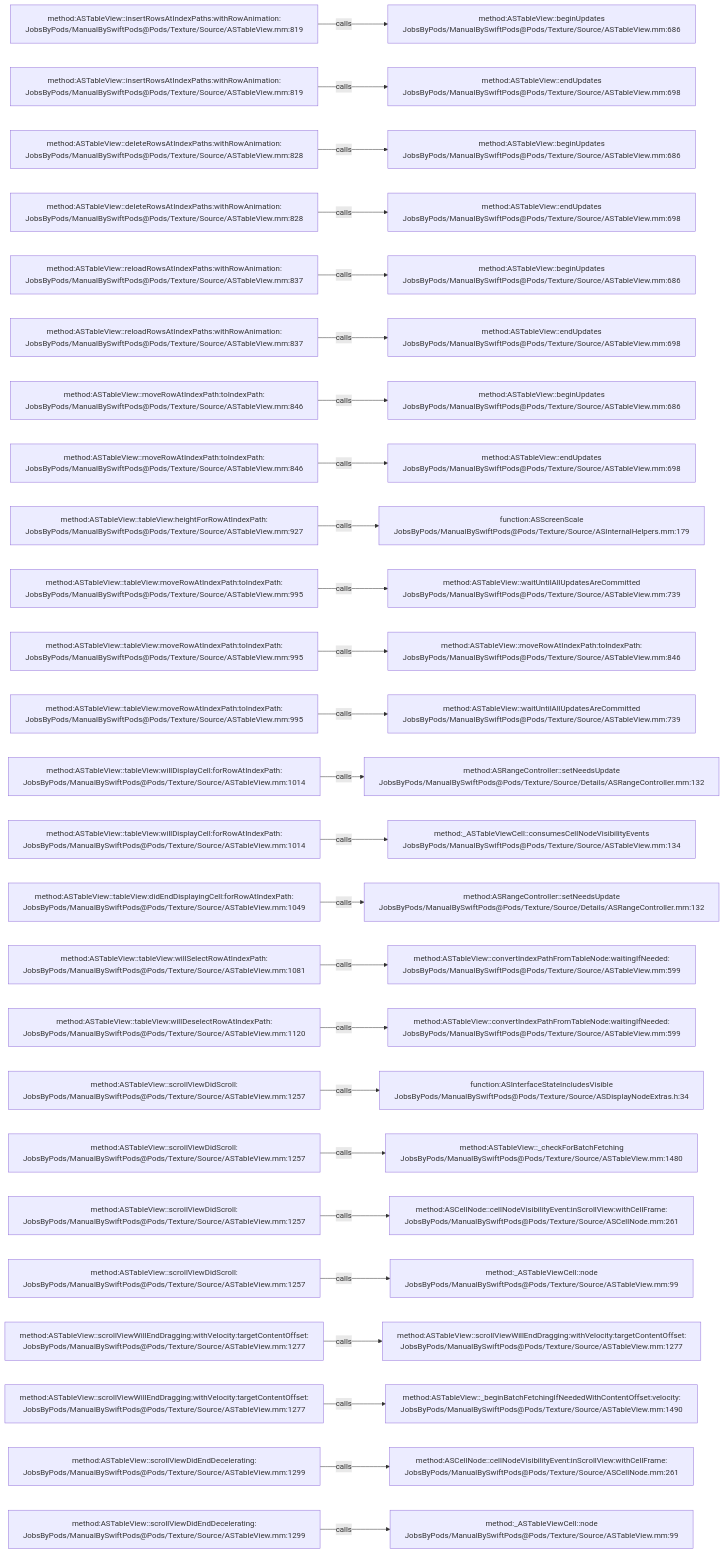
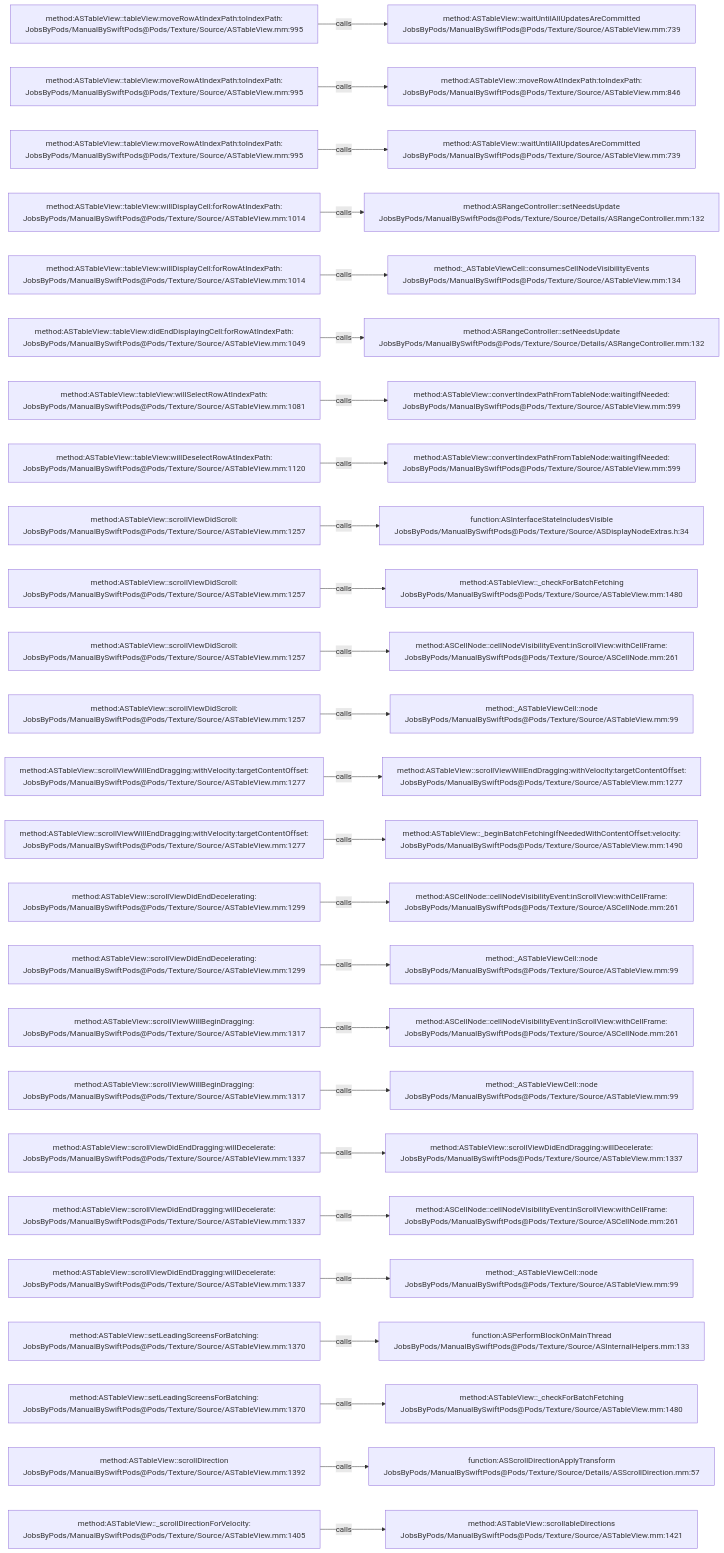
One commit to JobsKits/JobsSwiftBaseConfigDemo changed the diagram in .codegraph/codegraph.md/graphs/calls-061.md. Above: the diagram before and after it, drawn with Mermaid. The commit also changed 707 other files, not shown here.

````diff
--- a/.codegraph/codegraph.md/graphs/calls-061.md
+++ b/.codegraph/codegraph.md/graphs/calls-061.md
@@ -13,78 +13,78 @@
 ```mermaid
 flowchart LR
-  S1["method:ASTableView::insertRowsAtIndexPaths:withRowAnimation:<br/>JobsByPods/ManualBySwiftPods@Pods/Texture/Source/ASTableView.mm:819"]
-  T1["method:ASTableView::beginUpdates<br/>JobsByPods/ManualBySwiftPods@Pods/Texture/Source/ASTableView.mm:686"]
+  S1["method:ASTableView::tableView:moveRowAtIndexPath:toIndexPath:<br/>JobsByPods/ManualBySwiftPods@Pods/Texture/Source/ASTableView.mm:995"]
+  T1["method:ASTableView::waitUntilAllUpdatesAreCommitted<br/>JobsByPods/ManualBySwiftPods@Pods/Texture/Source/ASTableView.mm:739"]
   S1 -->|calls| T1
-  S2["method:ASTableView::insertRowsAtIndexPaths:withRowAnimation:<br/>JobsByPods/ManualBySwiftPods@Pods/Texture/Source/ASTableView.mm:819"]
-  T2["method:ASTableView::endUpdates<br/>JobsByPods/ManualBySwiftPods@Pods/Texture/Source/ASTableView.mm:698"]
+  S2["method:ASTableView::tableView:moveRowAtIndexPath:toIndexPath:<br/>JobsByPods/ManualBySwiftPods@Pods/Texture/Source/ASTableView.mm:995"]
+  T2["method:ASTableView::moveRowAtIndexPath:toIndexPath:<br/>JobsByPods/ManualBySwiftPods@Pods/Texture/Source/ASTableView.mm:846"]
   S2 -->|calls| T2
-  S3["method:ASTableView::deleteRowsAtIndexPaths:withRowAnimation:<br/>JobsByPods/ManualBySwiftPods@Pods/Texture/Source/ASTableView.mm:828"]
-  T3["method:ASTableView::beginUpdates<br/>JobsByPods/ManualBySwiftPods@Pods/Texture/Source/ASTableView.mm:686"]
+  S3["method:ASTableView::tableView:moveRowAtIndexPath:toIndexPath:<br/>JobsByPods/ManualBySwiftPods@Pods/Texture/Source/ASTableView.mm:995"]
+  T3["method:ASTableView::waitUntilAllUpdatesAreCommitted<br/>JobsByPods/ManualBySwiftPods@Pods/Texture/Source/ASTableView.mm:739"]
   S3 -->|calls| T3
-  S4["method:ASTableView::deleteRowsAtIndexPaths:withRowAnimation:<br/>JobsByPods/ManualBySwiftPods@Pods/Texture/Source/ASTableView.mm:828"]
-  T4["method:ASTableView::endUpdates<br/>JobsByPods/ManualBySwiftPods@Pods/Texture/Source/ASTableView.mm:698"]
+  S4["method:ASTableView::tableView:willDisplayCell:forRowAtIndexPath:<br/>JobsByPods/ManualBySwiftPods@Pods/Texture/Source/ASTableView.mm:1014"]
+  T4["method:ASRangeController::setNeedsUpdate<br/>JobsByPods/ManualBySwiftPods@Pods/Texture/Source/Details/ASRangeController.mm:132"]
   S4 -->|calls| T4
-  S5["method:ASTableView::reloadRowsAtIndexPaths:withRowAnimation:<br/>JobsByPods/ManualBySwiftPods@Pods/Texture/Source/ASTableView.mm:837"]
-  T5["method:ASTableView::beginUpdates<br/>JobsByPods/ManualBySwiftPods@Pods/Texture/Source/ASTableView.mm:686"]
+  S5["method:ASTableView::tableView:willDisplayCell:forRowAtIndexPath:<br/>JobsByPods/ManualBySwiftPods@Pods/Texture/Source/ASTableView.mm:1014"]
+  T5["method:_ASTableViewCell::consumesCellNodeVisibilityEvents<br/>JobsByPods/ManualBySwiftPods@Pods/Texture/Source/ASTableView.mm:134"]
   S5 -->|calls| T5
-  S6["method:ASTableView::reloadRowsAtIndexPaths:withRowAnimation:<br/>JobsByPods/ManualBySwiftPods@Pods/Texture/Source/ASTableView.mm:837"]
-  T6["method:ASTableView::endUpdates<br/>JobsByPods/ManualBySwiftPods@Pods/Texture/Source/ASTableView.mm:698"]
+  S6["method:ASTableView::tableView:didEndDisplayingCell:forRowAtIndexPath:<br/>JobsByPods/ManualBySwiftPods@Pods/Texture/Source/ASTableView.mm:1049"]
+  T6["method:ASRangeController::setNeedsUpdate<br/>JobsByPods/ManualBySwiftPods@Pods/Texture/Source/Details/ASRangeController.mm:132"]
   S6 -->|calls| T6
-  S7["method:ASTableView::moveRowAtIndexPath:toIndexPath:<br/>JobsByPods/ManualBySwiftPods@Pods/Texture/Source/ASTableView.mm:846"]
-  T7["method:ASTableView::beginUpdates<br/>JobsByPods/ManualBySwiftPods@Pods/Texture/Source/ASTableView.mm:686"]
+  S7["method:ASTableView::tableView:willSelectRowAtIndexPath:<br/>JobsByPods/ManualBySwiftPods@Pods/Texture/Source/ASTableView.mm:1081"]
+  T7["method:ASTableView::convertIndexPathFromTableNode:waitingIfNeeded:<br/>JobsByPods/ManualBySwiftPods@Pods/Texture/Source/ASTableView.mm:599"]
   S7 -->|calls| T7
-  S8["method:ASTableView::moveRowAtIndexPath:toIndexPath:<br/>JobsByPods/ManualBySwiftPods@Pods/Texture/Source/ASTableView.mm:846"]
-  T8["method:ASTableView::endUpdates<br/>JobsByPods/ManualBySwiftPods@Pods/Texture/Source/ASTableView.mm:698"]
+  S8["method:ASTableView::tableView:willDeselectRowAtIndexPath:<br/>JobsByPods/ManualBySwiftPods@Pods/Texture/Source/ASTableView.mm:1120"]
+  T8["method:ASTableView::convertIndexPathFromTableNode:waitingIfNeeded:<br/>JobsByPods/ManualBySwiftPods@Pods/Texture/Source/ASTableView.mm:599"]
   S8 -->|calls| T8
-  S9["method:ASTableView::tableView:heightForRowAtIndexPath:<br/>JobsByPods/ManualBySwiftPods@Pods/Texture/Source/ASTableView.mm:927"]
-  T9["function:ASScreenScale<br/>JobsByPods/ManualBySwiftPods@Pods/Texture/Source/ASInternalHelpers.mm:179"]
+  S9["method:ASTableView::scrollViewDidScroll:<br/>JobsByPods/ManualBySwiftPods@Pods/Texture/Source/ASTableView.mm:1257"]
+  T9["function:ASInterfaceStateIncludesVisible<br/>JobsByPods/ManualBySwiftPods@Pods/Texture/Source/ASDisplayNodeExtras.h:34"]
   S9 -->|calls| T9
-  S10["method:ASTableView::tableView:moveRowAtIndexPath:toIndexPath:<br/>JobsByPods/ManualBySwiftPods@Pods/Texture/Source/ASTableView.mm:995"]
-  T10["method:ASTableView::waitUntilAllUpdatesAreCommitted<br/>JobsByPods/ManualBySwiftPods@Pods/Texture/Source/ASTableView.mm:739"]
+  S10["method:ASTableView::scrollViewDidScroll:<br/>JobsByPods/ManualBySwiftPods@Pods/Texture/Source/ASTableView.mm:1257"]
+  T10["method:ASTableView::_checkForBatchFetching<br/>JobsByPods/ManualBySwiftPods@Pods/Texture/Source/ASTableView.mm:1480"]
   S10 -->|calls| T10
-  S11["method:ASTableView::tableView:moveRowAtIndexPath:toIndexPath:<br/>JobsByPods/ManualBySwiftPods@Pods/Texture/Source/ASTableView.mm:995"]
-  T11["method:ASTableView::moveRowAtIndexPath:toIndexPath:<br/>JobsByPods/ManualBySwiftPods@Pods/Texture/Source/ASTableView.mm:846"]
+  S11["method:ASTableView::scrollViewDidScroll:<br/>JobsByPods/ManualBySwiftPods@Pods/Texture/Source/ASTableView.mm:1257"]
+  T11["method:ASCellNode::cellNodeVisibilityEvent:inScrollView:withCellFrame:<br/>JobsByPods/ManualBySwiftPods@Pods/Texture/Source/ASCellNode.mm:261"]
   S11 -->|calls| T11
-  S12["method:ASTableView::tableView:moveRowAtIndexPath:toIndexPath:<br/>JobsByPods/ManualBySwiftPods@Pods/Texture/Source/ASTableView.mm:995"]
-  T12["method:ASTableView::waitUntilAllUpdatesAreCommitted<br/>JobsByPods/ManualBySwiftPods@Pods/Texture/Source/ASTableView.mm:739"]
+  S12["method:ASTableView::scrollViewDidScroll:<br/>JobsByPods/ManualBySwiftPods@Pods/Texture/Source/ASTableView.mm:1257"]
+  T12["method:_ASTableViewCell::node<br/>JobsByPods/ManualBySwiftPods@Pods/Texture/Source/ASTableView.mm:99"]
   S12 -->|calls| T12
-  S13["method:ASTableView::tableView:willDisplayCell:forRowAtIndexPath:<br/>JobsByPods/ManualBySwiftPods@Pods/Texture/Source/ASTableView.mm:1014"]
-  T13["method:ASRangeController::setNeedsUpdate<br/>JobsByPods/ManualBySwiftPods@Pods/Texture/Source/Details/ASRangeController.mm:132"]
+  S13["method:ASTableView::scrollViewWillEndDragging:withVelocity:targetContentOffset:<br/>JobsByPods/ManualBySwiftPods@Pods/Texture/Source/ASTableView.mm:1277"]
+  T13["method:ASTableView::scrollViewWillEndDragging:withVelocity:targetContentOffset:<br/>JobsByPods/ManualBySwiftPods@Pods/Texture/Source/ASTableView.mm:1277"]
   S13 -->|calls| T13
-  S14["method:ASTableView::tableView:willDisplayCell:forRowAtIndexPath:<br/>JobsByPods/ManualBySwiftPods@Pods/Texture/Source/ASTableView.mm:1014"]
-  T14["method:_ASTableViewCell::consumesCellNodeVisibilityEvents<br/>JobsByPods/ManualBySwiftPods@Pods/Texture/Source/ASTableView.mm:134"]
+  S14["method:ASTableView::scrollViewWillEndDragging:withVelocity:targetContentOffset:<br/>JobsByPods/ManualBySwiftPods@Pods/Texture/Source/ASTableView.mm:1277"]
+  T14["method:ASTableView::_beginBatchFetchingIfNeededWithContentOffset:velocity:<br/>JobsByPods/ManualBySwiftPods@Pods/Texture/Source/ASTableView.mm:1490"]
   S14 -->|calls| T14
-  S15["method:ASTableView::tableView:didEndDisplayingCell:forRowAtIndexPath:<br/>JobsByPods/ManualBySwiftPods@Pods/Texture/Source/ASTableView.mm:1049"]
-  T15["method:ASRangeController::setNeedsUpdate<br/>JobsByPods/ManualBySwiftPods@Pods/Texture/Source/Details/ASRangeController.mm:132"]
+  S15["method:ASTableView::scrollViewDidEndDecelerating:<br/>JobsByPods/ManualBySwiftPods@Pods/Texture/Source/ASTableView.mm:1299"]
+  T15["method:ASCellNode::cellNodeVisibilityEvent:inScrollView:withCellFrame:<br/>JobsByPods/ManualBySwiftPods@Pods/Texture/Source/ASCellNode.mm:261"]
   S15 -->|calls| T15
-  S16["method:ASTableView::tableView:willSelectRowAtIndexPath:<br/>JobsByPods/ManualBySwiftPods@Pods/Texture/Source/ASTableView.mm:1081"]
-  T16["method:ASTableView::convertIndexPathFromTableNode:waitingIfNeeded:<br/>JobsByPods/ManualBySwiftPods@Pods/Texture/Source/ASTableView.mm:599"]
+  S16["method:ASTableView::scrollViewDidEndDecelerating:<br/>JobsByPods/ManualBySwiftPods@Pods/Texture/Source/ASTableView.mm:1299"]
+  T16["method:_ASTableViewCell::node<br/>JobsByPods/ManualBySwiftPods@Pods/Texture/Source/ASTableView.mm:99"]
   S16 -->|calls| T16
-  S17["method:ASTableView::tableView:willDeselectRowAtIndexPath:<br/>JobsByPods/ManualBySwiftPods@Pods/Texture/Source/ASTableView.mm:1120"]
-  T17["method:ASTableView::convertIndexPathFromTableNode:waitingIfNeeded:<br/>JobsByPods/ManualBySwiftPods@Pods/Texture/Source/ASTableView.mm:599"]
+  S17["method:ASTableView::scrollViewWillBeginDragging:<br/>JobsByPods/ManualBySwiftPods@Pods/Texture/Source/ASTableView.mm:1317"]
+  T17["method:ASCellNode::cellNodeVisibilityEvent:inScrollView:withCellFrame:<br/>JobsByPods/ManualBySwiftPods@Pods/Texture/Source/ASCellNode.mm:261"]
   S17 -->|calls| T17
-  S18["method:ASTableView::scrollViewDidScroll:<br/>JobsByPods/ManualBySwiftPods@Pods/Texture/Source/ASTableView.mm:1257"]
-  T18["function:ASInterfaceStateIncludesVisible<br/>JobsByPods/ManualBySwiftPods@Pods/Texture/Source/ASDisplayNodeExtras.h:34"]
+  S18["method:ASTableView::scrollViewWillBeginDragging:<br/>JobsByPods/ManualBySwiftPods@Pods/Texture/Source/ASTableView.mm:1317"]
+  T18["method:_ASTableViewCell::node<br/>JobsByPods/ManualBySwiftPods@Pods/Texture/Source/ASTableView.mm:99"]
   S18 -->|calls| T18
-  S19["method:ASTableView::scrollViewDidScroll:<br/>JobsByPods/ManualBySwiftPods@Pods/Texture/Source/ASTableView.mm:1257"]
-  T19["method:ASTableView::_checkForBatchFetching<br/>JobsByPods/ManualBySwiftPods@Pods/Texture/Source/ASTableView.mm:1480"]
+  S19["method:ASTableView::scrollViewDidEndDragging:willDecelerate:<br/>JobsByPods/ManualBySwiftPods@Pods/Texture/Source/ASTableView.mm:1337"]
+  T19["method:ASTableView::scrollViewDidEndDragging:willDecelerate:<br/>JobsByPods/ManualBySwiftPods@Pods/Texture/Source/ASTableView.mm:1337"]
   S19 -->|calls| T19
-  S20["method:ASTableView::scrollViewDidScroll:<br/>JobsByPods/ManualBySwiftPods@Pods/Texture/Source/ASTableView.mm:1257"]
+  S20["method:ASTableView::scrollViewDidEndDragging:willDecelerate:<br/>JobsByPods/ManualBySwiftPods@Pods/Texture/Source/ASTableView.mm:1337"]
   T20["method:ASCellNode::cellNodeVisibilityEvent:inScrollView:withCellFrame:<br/>JobsByPods/ManualBySwiftPods@Pods/Texture/Source/ASCellNode.mm:261"]
   S20 -->|calls| T20
-  S21["method:ASTableView::scrollViewDidScroll:<br/>JobsByPods/ManualBySwiftPods@Pods/Texture/Source/ASTableView.mm:1257"]
+  S21["method:ASTableView::scrollViewDidEndDragging:willDecelerate:<br/>JobsByPods/ManualBySwiftPods@Pods/Texture/Source/ASTableView.mm:1337"]
   T21["method:_ASTableViewCell::node<br/>JobsByPods/ManualBySwiftPods@Pods/Texture/Source/ASTableView.mm:99"]
   S21 -->|calls| T21
-  S22["method:ASTableView::scrollViewWillEndDragging:withVelocity:targetContentOffset:<br/>JobsByPods/ManualBySwiftPods@Pods/Texture/Source/ASTableView.mm:1277"]
-  T22["method:ASTableView::scrollViewWillEndDragging:withVelocity:targetContentOffset:<br/>JobsByPods/ManualBySwiftPods@Pods/Texture/Source/ASTableView.mm:1277"]
+  S22["method:ASTableView::setLeadingScreensForBatching:<br/>JobsByPods/ManualBySwiftPods@Pods/Texture/Source/ASTableView.mm:1370"]
+  T22["function:ASPerformBlockOnMainThread<br/>JobsByPods/ManualBySwiftPods@Pods/Texture/Source/ASInternalHelpers.mm:133"]
   S22 -->|calls| T22
-  S23["method:ASTableView::scrollViewWillEndDragging:withVelocity:targetContentOffset:<br/>JobsByPods/ManualBySwiftPods@Pods/Texture/Source/ASTableView.mm:1277"]
-  T23["method:ASTableView::_beginBatchFetchingIfNeededWithContentOffset:velocity:<br/>JobsByPods/ManualBySwiftPods@Pods/Texture/Source/ASTableView.mm:1490"]
+  S23["method:ASTableView::setLeadingScreensForBatching:<br/>JobsByPods/ManualBySwiftPods@Pods/Texture/Source/ASTableView.mm:1370"]
+  T23["method:ASTableView::_checkForBatchFetching<br/>JobsByPods/ManualBySwiftPods@Pods/Texture/Source/ASTableView.mm:1480"]
   S23 -->|calls| T23
-  S24["method:ASTableView::scrollViewDidEndDecelerating:<br/>JobsByPods/ManualBySwiftPods@Pods/Texture/Source/ASTableView.mm:1299"]
-  T24["method:ASCellNode::cellNodeVisibilityEvent:inScrollView:withCellFrame:<br/>JobsByPods/ManualBySwiftPods@Pods/Texture/Source/ASCellNode.mm:261"]
+  S24["method:ASTableView::scrollDirection<br/>JobsByPods/ManualBySwiftPods@Pods/Texture/Source/ASTableView.mm:1392"]
+  T24["function:ASScrollDirectionApplyTransform<br/>JobsByPods/ManualBySwiftPods@Pods/Texture/Source/Details/ASScrollDirection.mm:57"]
   S24 -->|calls| T24
-  S25["method:ASTableView::scrollViewDidEndDecelerating:<br/>JobsByPods/ManualBySwiftPods@Pods/Texture/Source/ASTableView.mm:1299"]
-  T25["method:_ASTableViewCell::node<br/>JobsByPods/ManualBySwiftPods@Pods/Texture/Source/ASTableView.mm:99"]
+  S25["method:ASTableView::_scrollDirectionForVelocity:<br/>JobsByPods/ManualBySwiftPods@Pods/Texture/Source/ASTableView.mm:1405"]
+  T25["method:ASTableView::scrollableDirections<br/>JobsByPods/ManualBySwiftPods@Pods/Texture/Source/ASTableView.mm:1421"]
   S25 -->|calls| T25
 ```
````
